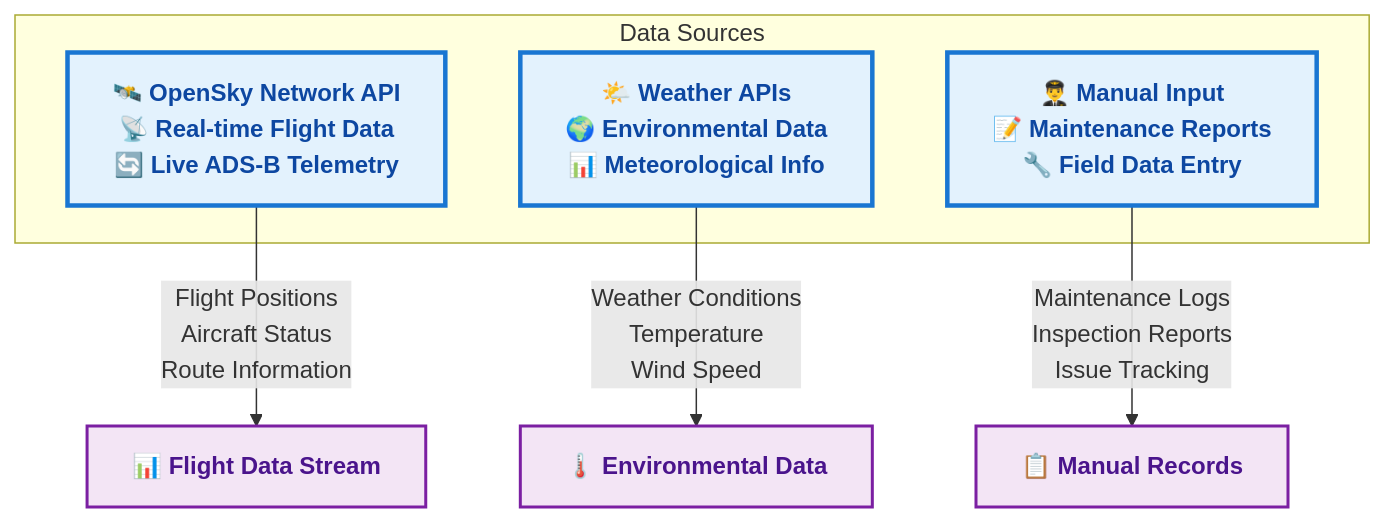
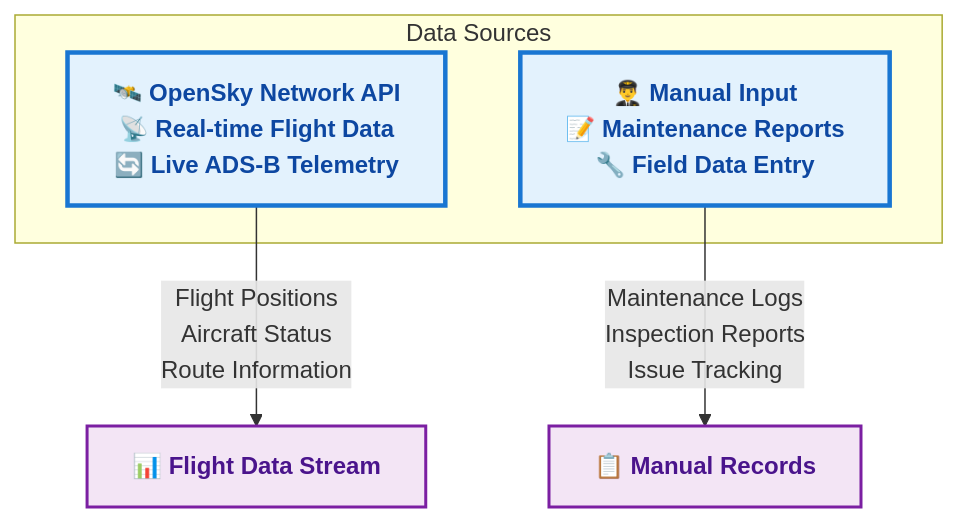
The third of 9 diagrams in README.md (Hetpatel01021111/MTC_AeroTrackAI), drawn with Mermaid before and after one commit. The commit also changed other lines of this file, not shown here.

Commit message:
🗑️ Removed Weather APIs: Clean Architecture Focus
✅ Removed All Weather API References:
- Removed Weather APIs from main system architecture diagram
- Updated data flow connections to exclude weather data
- Removed weather data retrieval from n8n workflow automation
- Cleaned up individual component diagrams
- Updated class assignments and styling

🎯 Architecture Cleanup:
- Main architecture now focuses on core flight data and manual input
- n8n workflows updated to focus on flight data processing
- Individual data sources component simplified
- Consistent removal across all diagrams and references

📊 Result:
- Cleaner, more focused architecture
- Streamlined data sources to essential components only
- Maintained all other functionality and detailed explanations
- Professional presentation without weather dependencies

````diff
--- a/README.md
+++ b/README.md
@@ -248,18 +246,16 @@
 ```mermaid
 graph TB
     subgraph "Data Sources"
         API["🛰️ OpenSky Network API<br/>📡 Real-time Flight Data<br/>🔄 Live ADS-B Telemetry"]
-        WEATHER["🌤️ Weather APIs<br/>🌍 Environmental Data<br/>📊 Meteorological Info"]
         MANUAL["👨‍✈️ Manual Input<br/>📝 Maintenance Reports<br/>🔧 Field Data Entry"]
     end
     
     API --> |"Flight Positions<br/>Aircraft Status<br/>Route Information"| OUTPUT1["📊 Flight Data Stream"]
-    WEATHER --> |"Weather Conditions<br/>Temperature<br/>Wind Speed"| OUTPUT2["🌡️ Environmental Data"]
-    MANUAL --> |"Maintenance Logs<br/>Inspection Reports<br/>Issue Tracking"| OUTPUT3["📋 Manual Records"]
+    MANUAL --> |"Maintenance Logs<br/>Inspection Reports<br/>Issue Tracking"| OUTPUT2["📋 Manual Records"]
     
     classDef dataSource fill:#E3F2FD,stroke:#1976D2,stroke-width:3px,color:#0D47A1,font-weight:bold
     classDef output fill:#F3E5F5,stroke:#7B1FA2,stroke-width:2px,color:#4A148C,font-weight:bold
     
-    class API,WEATHER,MANUAL dataSource
-    class OUTPUT1,OUTPUT2,OUTPUT3 output
+    class API,MANUAL dataSource
+    class OUTPUT1,OUTPUT2 output
 ```
````
